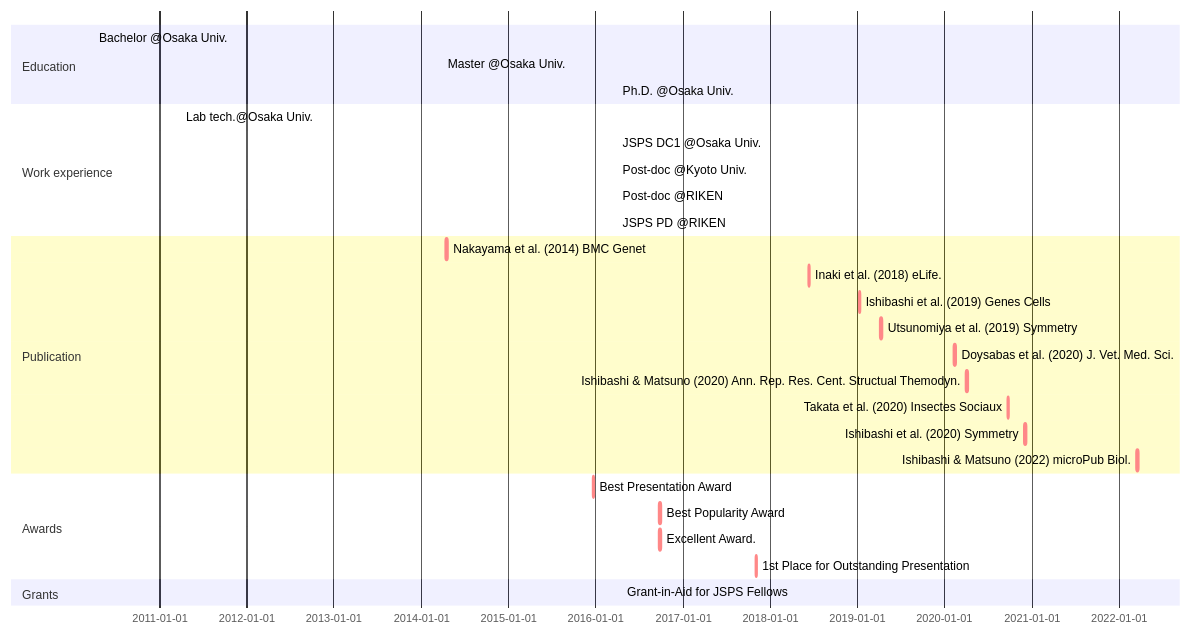
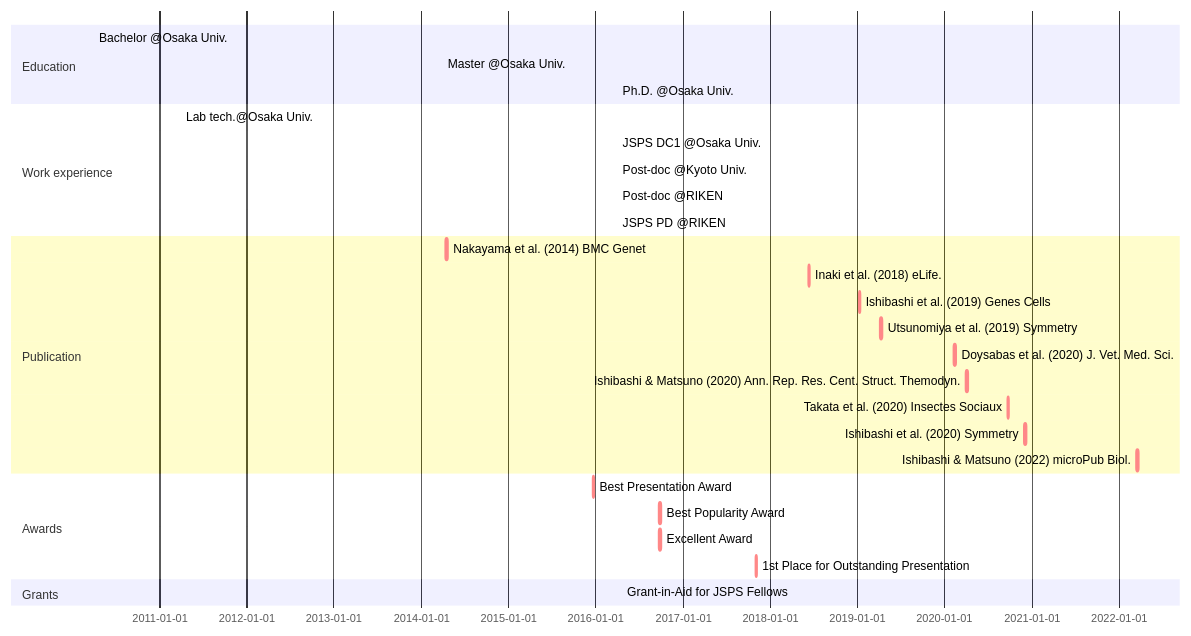
The diagram in _includes/mermaid-cv.md (ishibaki/ishibaki.github.io), drawn with Mermaid before and after one commit.

````diff
--- a/_includes/mermaid-cv.md
+++ b/_includes/mermaid-cv.md
@@ -1,30 +1,30 @@
 ```mermaid
 gantt
 section Education
   Bachelor @Osaka Univ. : BS, 2010-04-01, 2014-03-25
   Master @Osaka Univ.   : MS, 2014-04-01, 2016-03-28
   Ph.D. @Osaka Univ.    : Ph.D., 2016-04-01, 2019-03-25
 section Work experience
-  Lab tech.@Osaka Univ.  : OU-tech, 2011-04-01, 2012-03-31
-  JSPS DC1 @Osaka Univ.  : DC1, 2016-04-01, 2019-03-31
-  Post-doc @Kyoto Univ.  : KU-postdoc, after DC1, 2021-04-30
-  Post-doc @RIKEN        : RIKEN-postdoc, after KU-postdoc, 2022-03-31
+  Lab tech.@Osaka Univ.  : done, OU-tech, 2011-04-01, 2012-03-31
+  JSPS DC1 @Osaka Univ.  : done, DC1, 2016-04-01, 2019-03-31
+  Post-doc @Kyoto Univ.  : done, KU-postdoc, after DC1, 2021-04-30
+  Post-doc @RIKEN        : done, RIKEN-postdoc, after KU-postdoc, 2022-03-31
   JSPS PD @RIKEN         : active, PD, after RIKEN-postdoc, 2025-03-31
 section Publication
   Nakayama et al. (2014) BMC Genet          : crit, nakayama2014, 2014-04-16, 1w
   Inaki et al. (2018) eLife.                : crit, inaki2018, 2018-06-12, 1w
   Ishibashi et al. (2019) Genes Cells       : crit, ishibashi2019, 2019-01-09, 1w
   Utsunomiya et al. (2019) Symmetry         : crit, utsunomiya2019, 2019-04-08, 1w
   Doysabas et al. (2020) J. Vet. Med. Sci.  : crit, doysabas2020, 2020-02-12, 1w
-  Ishibashi & Matsuno (2020) Ann. Rep. Res. Cent. Structual Themodyn. :crit, ishibashi2020a, 2020-04-01, 1w
+  Ishibashi & Matsuno (2020) Ann. Rep. Res. Cent. Struct. Themodyn. :crit, ishibashi2020a, 2020-04-01, 1w
   Takata et al. (2020) Insectes Sociaux     : crit, takata2020, 2020-09-22, 1w
   Ishibashi et al. (2020) Symmetry          : crit, ishibashi2020b, 2020-12-02, 1w
   Ishibashi & Matsuno (2022) microPub Biol. :crit, ishibashi2022, 2022-03-18, 1w
 section Awards
-  Best Presentation Award :crit, aw_1, 2015-12-20, 1w
-  Best Popularity Award   :crit, aw_2, 2016-09-25, 1w
-  Excellent Award.        :crit, aw_3, 2016-09-25, 1w
+  Best Presentation Award                :crit, aw_1, 2015-12-20, 1w
+  Best Popularity Award                  :crit, aw_2, 2016-09-25, 1w
+  Excellent Award                        :crit, aw_3, 2016-09-25, 1w
   1st Place for Outstanding Presentation :crit, aw_4, 2017-11-01, 1w
 section Grants
-  Grant-in-Aid for JSPS Fellows : grant_DC1, 2016-04-22, 2019-03-31
+  Grant-in-Aid for JSPS Fellows : done, grant_DC1, 2016-04-22, 2019-03-31
 ```
````
